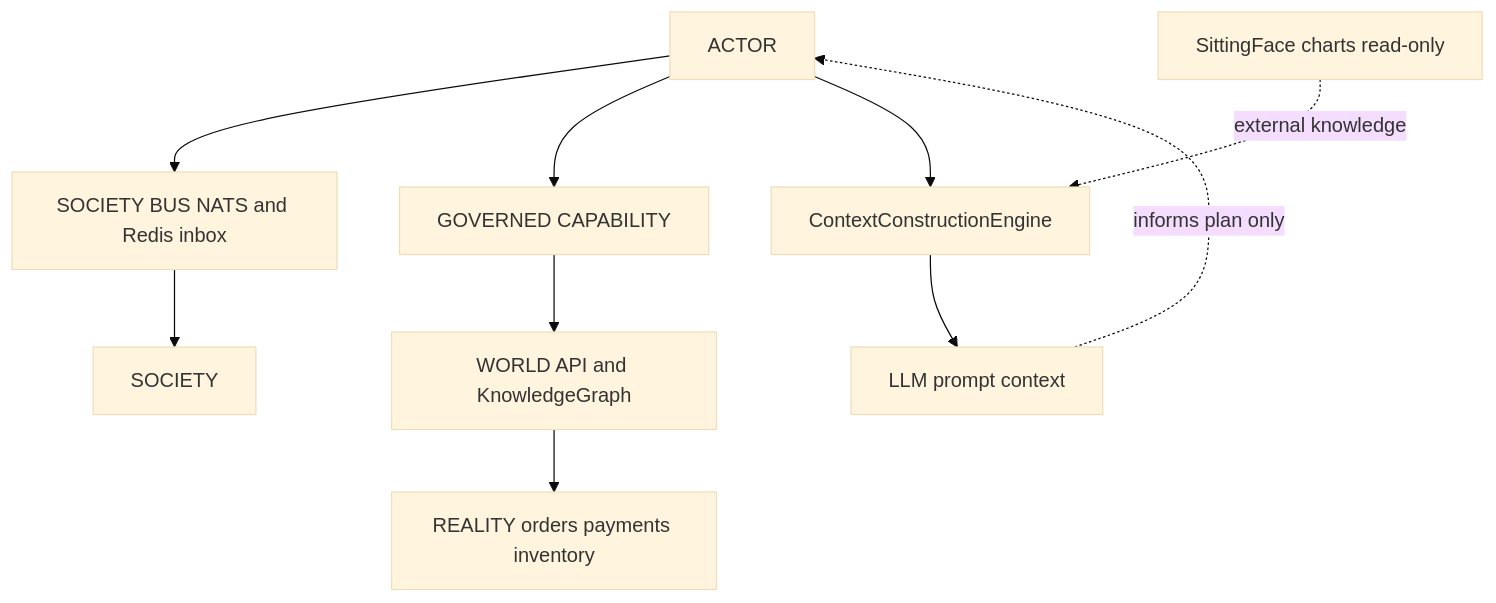
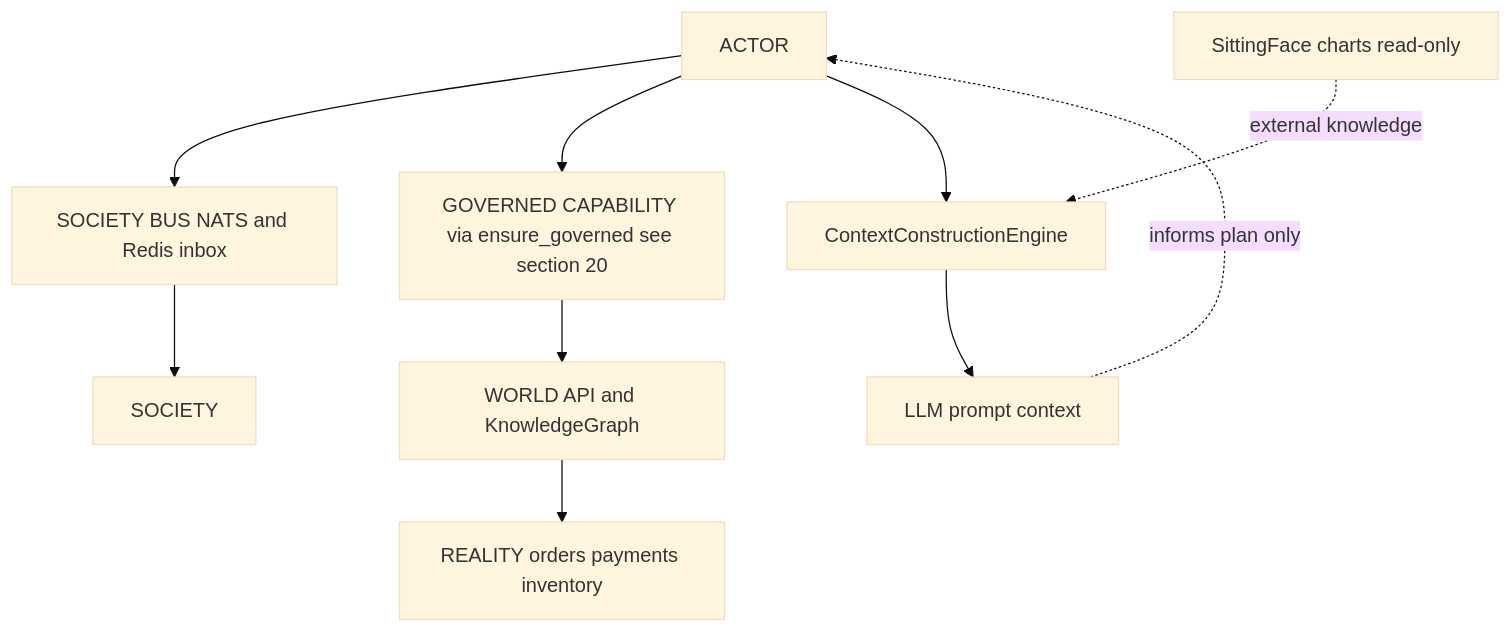
The third of 27 diagrams in docs/DIAGRAMS.md (monkeypatched-stack/cogitive-os), drawn with Mermaid (base theme) before and after one commit. The commit also changed other lines of this file, not shown here.

````diff
--- a/docs/DIAGRAMS.md
+++ b/docs/DIAGRAMS.md
@@ -173,22 +175,22 @@
 ```mermaid
 flowchart TB
     Actor["ACTOR"]
     Bus["SOCIETY BUS NATS and Redis inbox"]
-    Cap["GOVERNED CAPABILITY"]
+    Cap["GOVERNED CAPABILITY via ensure_governed see section 20"]
     Soc["SOCIETY"]
     CCE["ContextConstructionEngine"]
     SF["SittingFace charts read-only"]
     LLM["LLM prompt context"]
     WAPI["WORLD API and KnowledgeGraph"]
     Reality["REALITY orders payments inventory"]
 
     Actor --> Bus
     Actor --> Cap
     Actor --> CCE
     SF -.->|external knowledge| CCE
     CCE --> LLM
     LLM -.->|informs plan only| Actor
     Bus --> Soc
     Cap --> WAPI
     WAPI --> Reality
 ```
````
